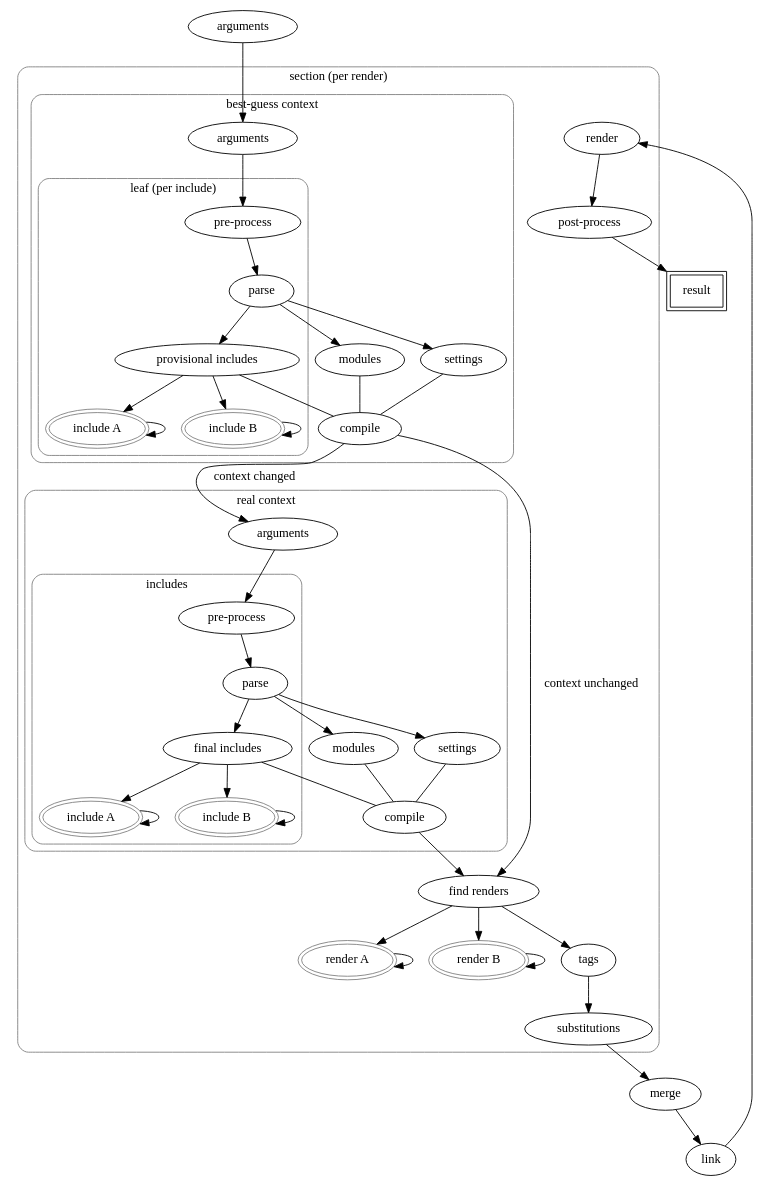
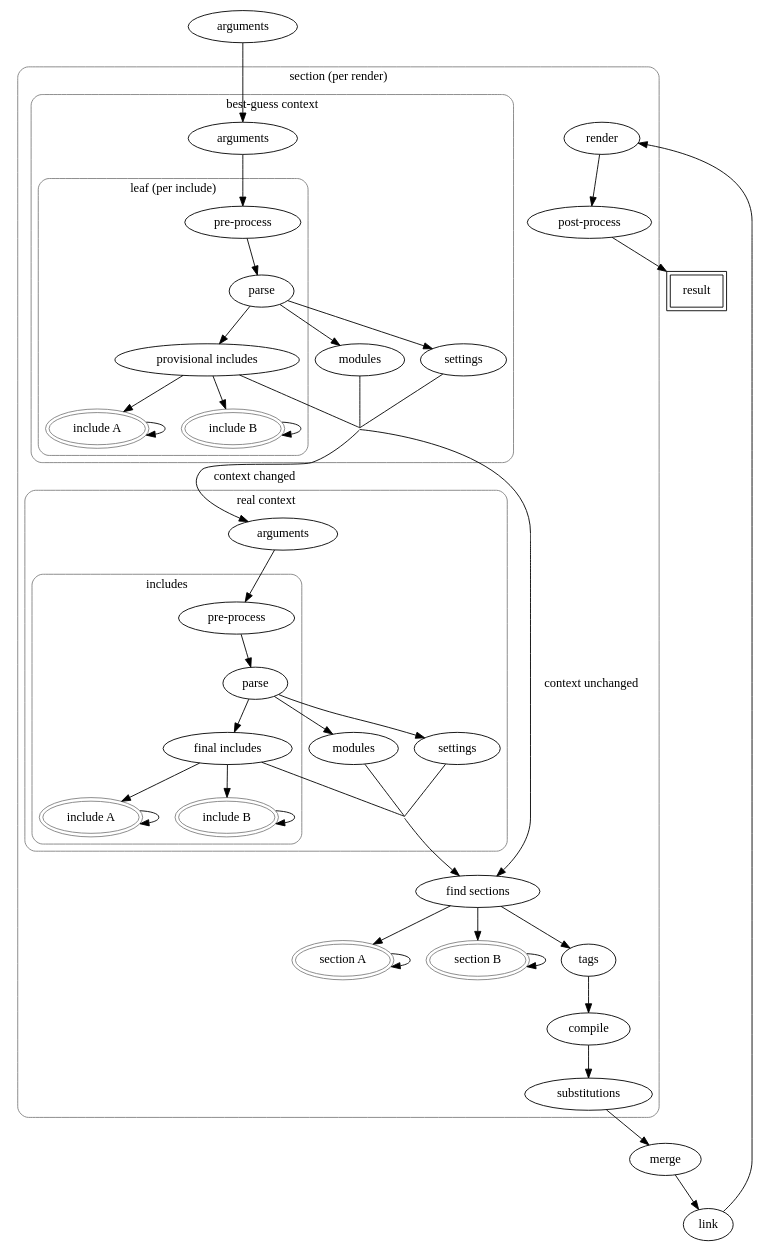
The diagram in doc/compile.rst (mverleg/notex_core), drawn with Graphviz before and after one commit.

Commit message:
fixed compile graph (moved `compile`)

```diff
--- a/doc/compile.rst
+++ b/doc/compile.rst
@@ -10,7 +10,7 @@
 .. graphviz::
 
 	digraph compile {
-		subgraph cluster_per_render {
+		subgraph cluster_per_section {
             label="section (per render)"
             graph[style=rounded,color=gray]
             subgraph cluster_provisional {
@@ -35,10 +35,10 @@
                 "provisional arguments" -> "provisional pre-process"
                 "provisional parse" -> "provisional modules"
                 "provisional parse" -> "provisional settings"
-                "provisional compile" [label="compile"]
-                "provisional includes" -> "provisional compile" [dir=none]
-                "provisional modules"  -> "provisional compile" [dir=none]
-                "provisional settings" -> "provisional compile" [dir=none]
+                "provisional merge" [style=invis,height=0,label=""]
+                "provisional includes" -> "provisional merge" [dir=none]
+                "provisional modules"  -> "provisional merge" [dir=none]
+                "provisional settings" -> "provisional merge" [dir=none]
             }
             subgraph cluster_final {
                 label="real context"
@@ -62,22 +62,23 @@
                 "final arguments" -> "final pre-process"
                 "final parse" -> "final modules"
                 "final parse" -> "final settings"
-                "final compile" [label="compile"]
-                "final includes" -> "final compile" [dir=none]
-                "final modules"  -> "final compile" [dir=none]
-                "final settings" -> "final compile" [dir=none]
+                "final merge" [style=invis,height=0,label=""]
+                "final includes" -> "final merge" [dir=none]
+                "final modules"  -> "final merge" [dir=none]
+                "final settings" -> "final merge" [dir=none]
             }
-            "provisional compile" -> "final arguments" [label="context changed"]
-            "provisional compile" -> "find renders" [label="context unchanged"]
-            "final compile" -> "find renders"
-            "render A" [peripheries=2,color=gray]
-            "render B" [peripheries=2,color=gray]
-            "find renders" -> "render A" [arrowname=crow]
-            "find renders" -> "render B" [arrowname=crow]
-            "render A" -> "render A" [arrowname=crow]
-            "render B" -> "render B" [arrowname=crow]
-            "find renders" -> "tags"
-            "tags" -> "substitutions"
+            "provisional merge" -> "final arguments" [label="context changed"]
+            "provisional merge" -> "find sections" [label="context unchanged"]
+            "final merge" -> "find sections"
+            "section A" [peripheries=2,color=gray]
+            "section B" [peripheries=2,color=gray]
+            "find sections" -> "section A" [arrowname=crow]
+            "find sections" -> "section B" [arrowname=crow]
+            "section A" -> "section A" [arrowname=crow]
+            "section B" -> "section B" [arrowname=crow]
+            "find sections" -> "tags"
+            "tags" -> "compile"
+            "compile" -> "substitutions"
             "render" -> "post-process"
 		}
 		"merge"
```
